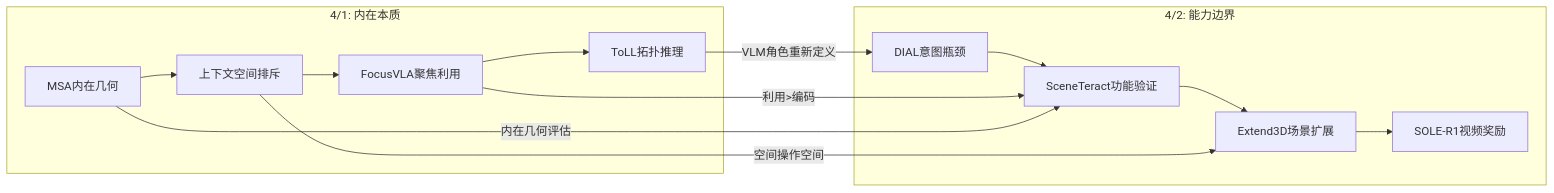
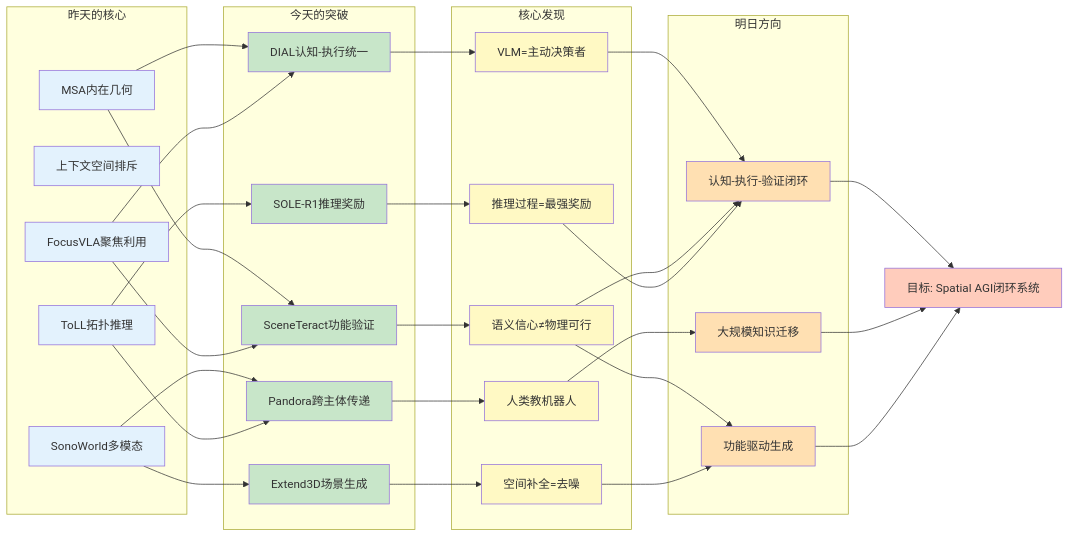
Before and after one commit to ahangchen/spatial_agi: the first of 4 diagrams in daily_thinking/2026-04-02.md, drawn with Mermaid. The commit also changed other lines of this file, not shown here.

````diff
--- a/daily_thinking/2026-04-02.md
+++ b/daily_thinking/2026-04-02.md
@@ -57,19 +113,78 @@
 ```mermaid
 graph LR
-    subgraph "4/1: 内在本质"
-        A1[MSA内在几何] --> A2[上下文空间排斥]
-        A2 --> A3[FocusVLA聚焦利用]
-        A3 --> A4[ToLL拓扑推理]
+    subgraph "昨天的核心"
+        A1[MSA内在几何]
+        A2[上下文空间排斥]
+        A3[SonoWorld多模态]
+        A4[FocusVLA聚焦利用]
+        A5[ToLL拓扑推理]
     end
 
-    subgraph "4/2: 能力边界"
-        B1[DIAL意图瓶颈] --> B2[SceneTeract功能验证]
-        B2 --> B3[Extend3D场景扩展]
-        B3 --> B4[SOLE-R1视频奖励]
+    subgraph "今天的突破"
+        B1[DIAL认知-执行统一]
+        B2[Pandora跨主体传递]
+        B3[SceneTeract功能验证]
+        B4[SOLE-R1推理奖励]
+        B5[Extend3D场景生成]
     end
 
-    A4 -->|"VLM角色重新定义"| B1
-    A3 -->|"利用>编码"| B2
-    A2 -->|"空间操作空间"| B3
-    A1 -->|"内在几何评估"| B2
+    subgraph "核心发现"
+        C1[VLM=主动决策者]
+        C2[人类教机器人]
+        C3[语义信心≠物理可行]
+        C4[推理过程=最强奖励]
+        C5[空间补全=去噪]
+    end
+
+    subgraph "明日方向"
+        D1[认知-执行-验证闭环]
+        D2[大规模知识迁移]
+        D3[功能驱动生成]
+    end
+
+    A1 --> B1
+    A4 --> B1
+    A3 --> B2
+    A5 --> B2
+    A1 --> B3
+    A4 --> B3
+    A5 --> B4
+    A3 --> B5
+
+    B1 --> C1
+    B2 --> C2
+    B3 --> C3
+    B4 --> C4
+    B5 --> C5
+
+    C1 --> D1
+    C3 --> D1
+    C4 --> D1
+    C2 --> D2
+    C3 --> D3
+    C5 --> D3
+
+    D1 --> E[目标: Spatial AGI闭环系统]
+    D2 --> E
+    D3 --> E
+
+    style A1 fill:#e3f2fd
+    style A2 fill:#e3f2fd
+    style A3 fill:#e3f2fd
+    style A4 fill:#e3f2fd
+    style A5 fill:#e3f2fd
+    style B1 fill:#c8e6c9
+    style B2 fill:#c8e6c9
+    style B3 fill:#c8e6c9
+    style B4 fill:#c8e6c9
+    style B5 fill:#c8e6c9
+    style C1 fill:#fff9c4
+    style C2 fill:#fff9c4
+    style C3 fill:#fff9c4
+    style C4 fill:#fff9c4
+    style C5 fill:#fff9c4
+    style D1 fill:#ffe0b2
+    style D2 fill:#ffe0b2
+    style D3 fill:#ffe0b2
+    style E fill:#ffccbc
 ```
````
